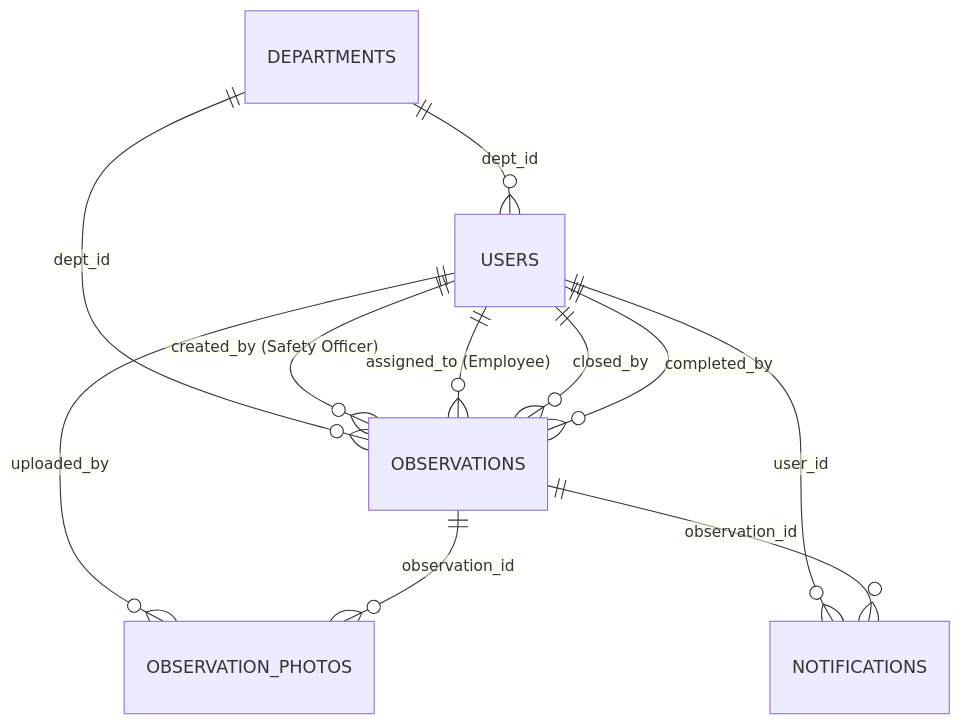
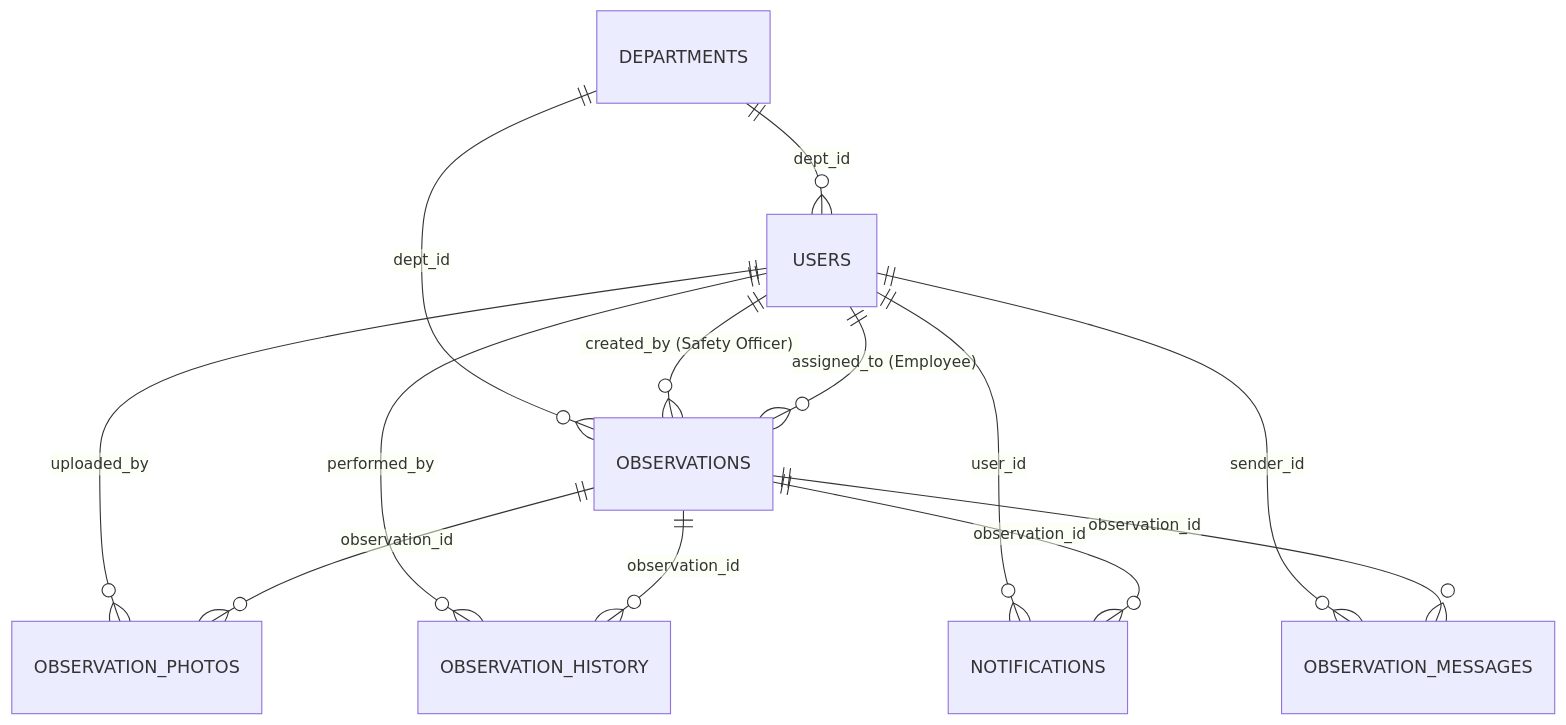
Before and after one commit to skaispat/healthAndSafety: the diagram in README.md, drawn with Mermaid. The commit also changed other lines of this file and 10 other files, not shown here.

````diff
--- a/README.md
+++ b/README.md
@@ -21,13 +47,15 @@
 ```mermaid
 erDiagram
     DEPARTMENTS ||--o{ USERS : "dept_id"
     DEPARTMENTS ||--o{ OBSERVATIONS : "dept_id"
     USERS ||--o{ OBSERVATIONS : "created_by (Safety Officer)"
     USERS ||--o{ OBSERVATIONS : "assigned_to (Employee)"
-    USERS ||--o{ OBSERVATIONS : "closed_by"
-    USERS ||--o{ OBSERVATIONS : "completed_by"
+    USERS ||--o{ OBSERVATION_PHOTOS : "uploaded_by"
+    USERS ||--o{ OBSERVATION_HISTORY : "performed_by"
     USERS ||--o{ NOTIFICATIONS : "user_id"
-    USERS ||--o{ OBSERVATION_PHOTOS : "uploaded_by"
+    USERS ||--o{ OBSERVATION_MESSAGES : "sender_id"
     OBSERVATIONS ||--o{ OBSERVATION_PHOTOS : "observation_id"
+    OBSERVATIONS ||--o{ OBSERVATION_HISTORY : "observation_id"
     OBSERVATIONS ||--o{ NOTIFICATIONS : "observation_id"
+    OBSERVATIONS ||--o{ OBSERVATION_MESSAGES : "observation_id"
 ```
````
